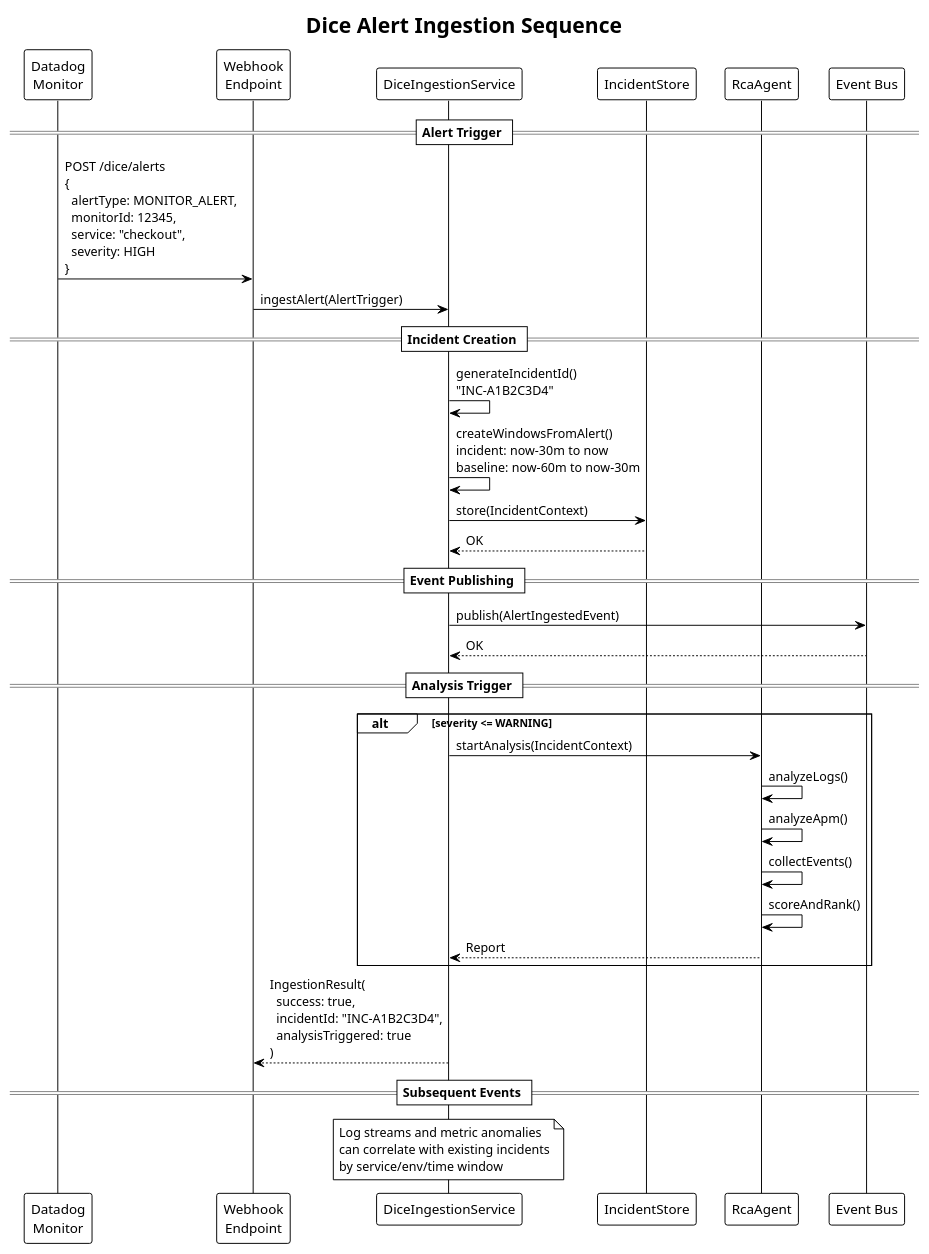
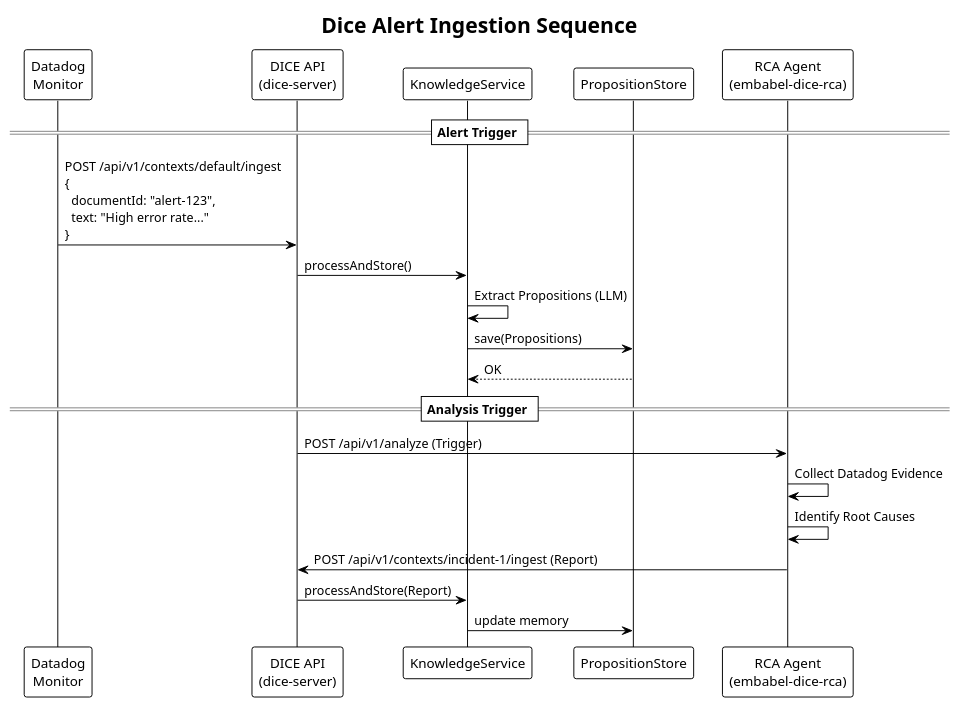
Before and after one commit to menkelabs/datadog-drilldown: the diagram in embabel-dice-rca/docs/architecture/sequence-dice-ingestion.puml, drawn with PlantUML. The commit also changed 90 other files, not shown here.

First line of the commit message:
Refactor project to Kotlin/Spring Boot architecture

```diff
--- a/embabel-dice-rca/docs/architecture/sequence-dice-ingestion.puml
+++ b/embabel-dice-rca/docs/architecture/sequence-dice-ingestion.puml
@@ -1,47 +1,27 @@
 @startuml Dice_Ingestion_Sequence
 !theme plain
 
 title Dice Alert Ingestion Sequence
 
 participant "Datadog\nMonitor" as monitor
-participant "Webhook\nEndpoint" as webhook
-participant "DiceIngestionService" as dice
-participant "IncidentStore" as store
-participant "RcaAgent" as rca
-participant "Event Bus" as events
+participant "DICE API\n(dice-server)" as dice_api
+participant "KnowledgeService" as knowledge
+participant "PropositionStore" as store
+participant "RCA Agent\n(embabel-dice-rca)" as rca
 
 == Alert Trigger ==
-monitor -> webhook: POST /dice/alerts\n{\n  alertType: MONITOR_ALERT,\n  monitorId: 12345,\n  service: "checkout",\n  severity: HIGH\n}
+monitor -> dice_api: POST /api/v1/contexts/default/ingest\n{\n  documentId: "alert-123",\n  text: "High error rate..."\n}
 
-webhook -> dice: ingestAlert(AlertTrigger)
-
-== Incident Creation ==
-dice -> dice: generateIncidentId()\n"INC-A1B2C3D4"
-
-dice -> dice: createWindowsFromAlert()\nincident: now-30m to now\nbaseline: now-60m to now-30m
-
-dice -> store: store(IncidentContext)
-store --> dice: OK
-
-== Event Publishing ==
-dice -> events: publish(AlertIngestedEvent)
-events --> dice: OK
+dice_api -> knowledge: processAndStore()
+knowledge -> knowledge: Extract Propositions (LLM)
+knowledge -> store: save(Propositions)
+store --> knowledge: OK
 
 == Analysis Trigger ==
-alt severity <= WARNING
-    dice -> rca: startAnalysis(IncidentContext)
-    
-    rca -> rca: analyzeLogs()
-    rca -> rca: analyzeApm()
-    rca -> rca: collectEvents()
-    rca -> rca: scoreAndRank()
-    
-    rca --> dice: Report
-end
-
-dice --> webhook: IngestionResult(\n  success: true,\n  incidentId: "INC-A1B2C3D4",\n  analysisTriggered: true\n)
-
-== Subsequent Events ==
-note over dice: Log streams and metric anomalies\ncan correlate with existing incidents\nby service/env/time window
-
+dice_api -> rca: POST /api/v1/analyze (Trigger)
+rca -> rca: Collect Datadog Evidence
+rca -> rca: Identify Root Causes
+rca -> dice_api: POST /api/v1/contexts/incident-1/ingest (Report)
+dice_api -> knowledge: processAndStore(Report)
+knowledge -> store: update memory
 @enduml
```
